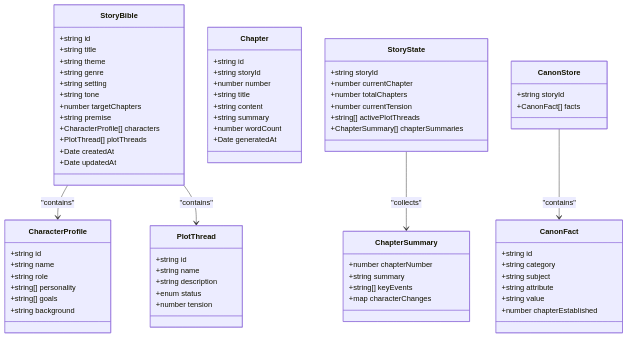
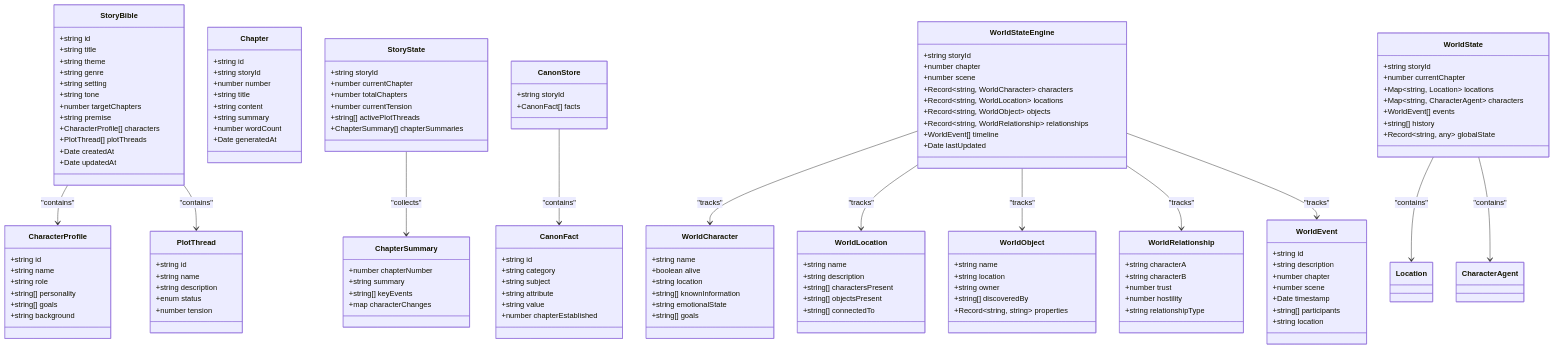
One commit to liwonder/NARRITIVE_OS changed the seventh of 8 diagrams in .qoder/repowiki/en/content/Story Management System/Local Storage & Persistence.md. Above: the diagram before and after it, drawn with Mermaid. The commit also changed other lines of this file and 12 other files, not shown here.

````diff
--- a/.qoder/repowiki/en/content/Story Management System/Local Storage & Persistence.md
+++ b/.qoder/repowiki/en/content/Story Management System/Local Storage & Persistence.md
@@ -523,8 +635,73 @@
 +string value
 +number chapterEstablished
 }
+class WorldStateEngine {
++string storyId
++number chapter
++number scene
++Record~string, WorldCharacter~ characters
++Record~string, WorldLocation~ locations
++Record~string, WorldObject~ objects
++Record~string, WorldRelationship~ relationships
++WorldEvent[] timeline
++Date lastUpdated
+}
+class WorldState {
++string storyId
++number currentChapter
++Map~string, Location~ locations
++Map~string, CharacterAgent~ characters
++WorldEvent[] events
++string[] history
++Record~string, any~ globalState
+}
+class WorldCharacter {
++string name
++boolean alive
++string location
++string[] knownInformation
++string emotionalState
++string[] goals
+}
+class WorldLocation {
++string name
++string description
++string[] charactersPresent
++string[] objectsPresent
++string[] connectedTo
+}
+class WorldObject {
++string name
++string location
++string owner
++string[] discoveredBy
++Record~string, string~ properties
+}
+class WorldRelationship {
++string characterA
++string characterB
++number trust
++number hostility
++string relationshipType
+}
+class WorldEvent {
++string id
++string description
++number chapter
++number scene
++Date timestamp
++string[] participants
++string location
+}
 StoryBible --> CharacterProfile : "contains"
 StoryBible --> PlotThread : "contains"
 StoryState --> ChapterSummary : "collects"
 CanonStore --> CanonFact : "contains"
+WorldStateEngine --> WorldCharacter : "tracks"
+WorldStateEngine --> WorldLocation : "tracks"
+WorldStateEngine --> WorldObject : "tracks"
+WorldStateEngine --> WorldRelationship : "tracks"
+WorldStateEngine --> WorldEvent : "tracks"
+WorldState --> Location : "contains"
+WorldState --> CharacterAgent : "contains"
 ```
````
